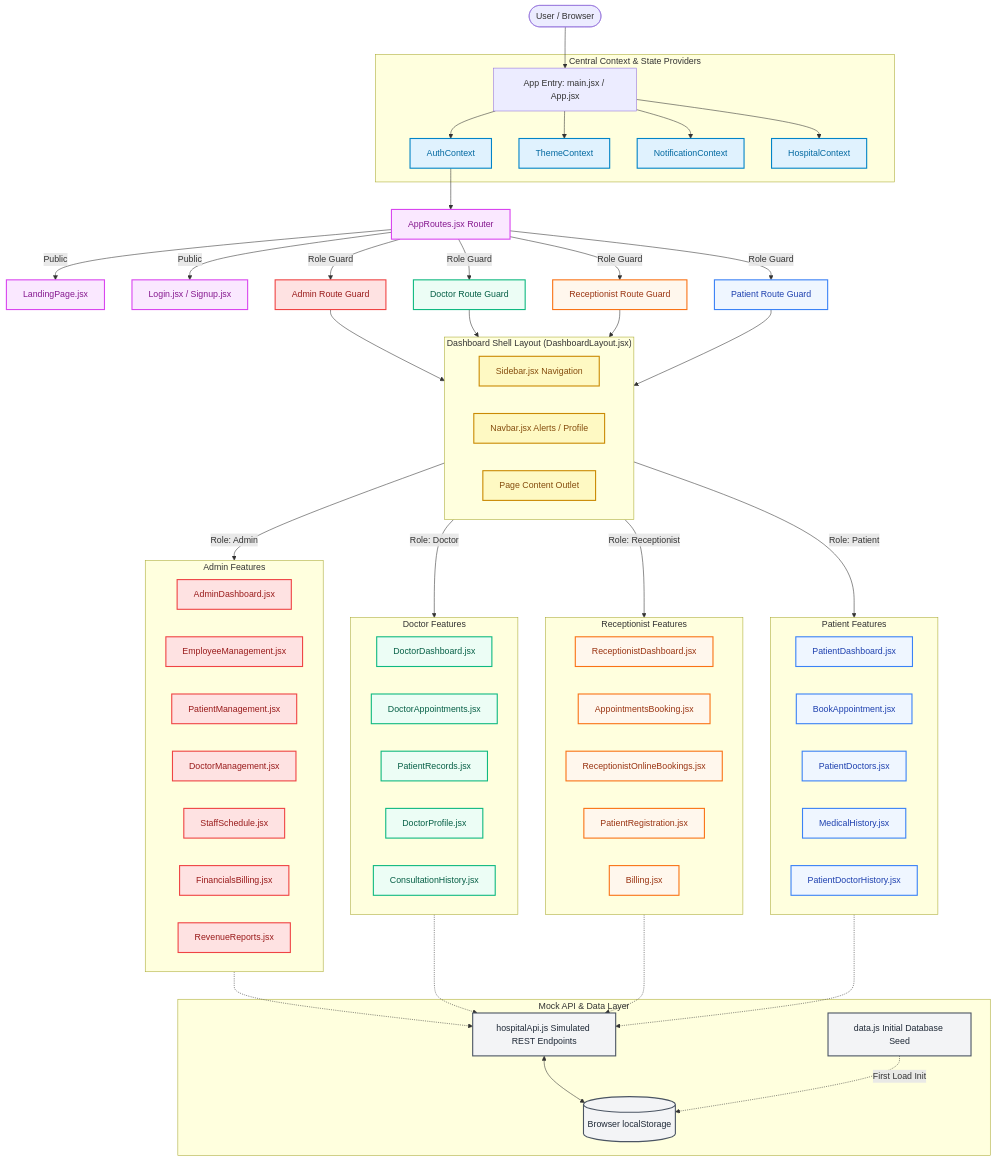
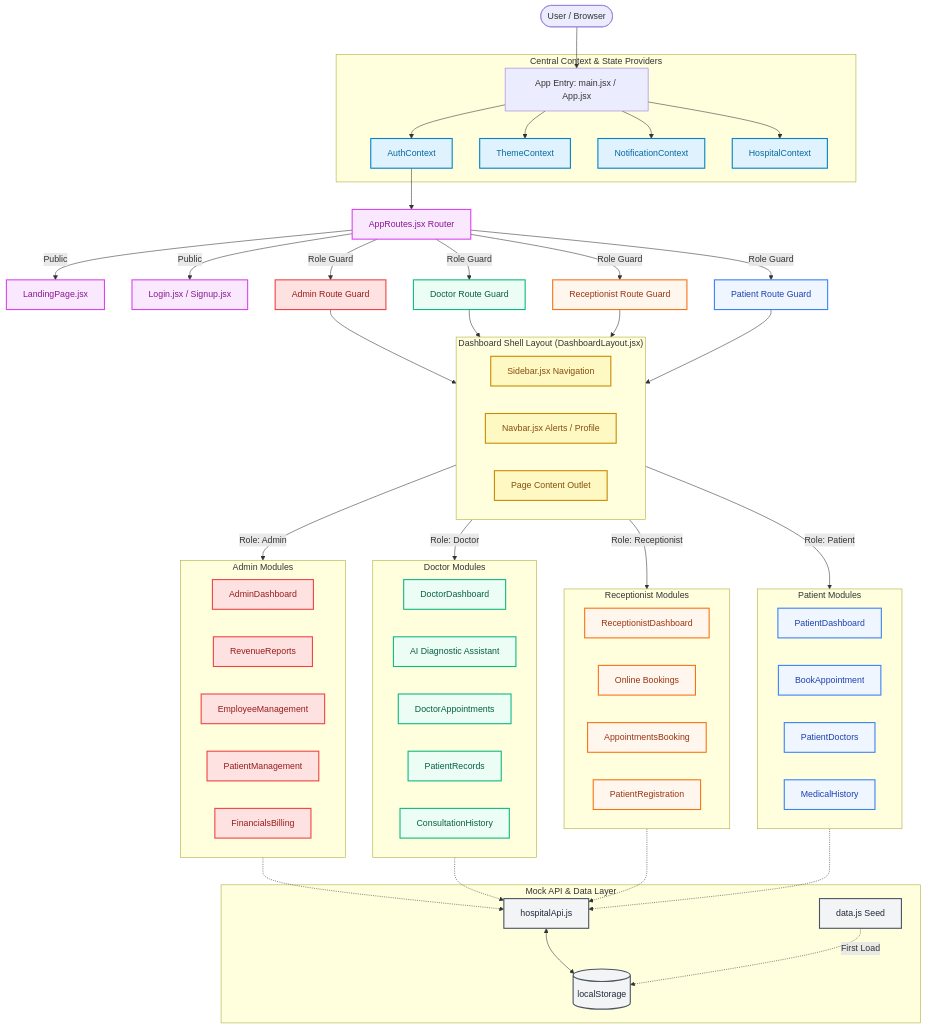
One commit to GaganCB2002/Hospital_Management_System changed the first of 2 diagrams in README.md. Above: the diagram before and after it, drawn with Mermaid. The commit also changed other lines of this file and 33 other files, not shown here.

````diff
--- a/README.md
+++ b/README.md
@@ -29,6 +189,5 @@
 ```mermaid
 graph TD
-    %% Base Styles
     classDef provider fill:#e0f2fe,stroke:#0284c7,stroke-width:2px,color:#0369a1;
     classDef router fill:#fae8ff,stroke:#d946ef,stroke-width:2px,color:#86198f;
     classDef layout fill:#fef9c3,stroke:#ca8a04,stroke-width:2px,color:#854d0e;
@@ -38,7 +197,6 @@
     classDef patient fill:#eff6ff,stroke:#3b82f6,stroke-width:2px,color:#1e40af;
     classDef db fill:#f3f4f6,stroke:#4b5563,stroke-width:2px,color:#1f2937;
 
-    %% Elements
     User([User / Browser]) --> Root[App Entry: main.jsx / App.jsx]
     
     subgraph ContextProviders ["Central Context & State Providers"]
@@ -58,7 +216,6 @@
     Router -->|Role Guard| RecepPortal["Receptionist Route Guard"]:::recep
     Router -->|Role Guard| PatientPortal["Patient Route Guard"]:::patient
 
-    %% Common Dashboard Layout
     subgraph Shell ["Dashboard Shell Layout (DashboardLayout.jsx)"]
         Sidebar[Sidebar.jsx Navigation]:::layout
         Navbar[Navbar.jsx Alerts / Profile]:::layout
@@ -70,60 +227,50 @@
     RecepPortal --> Shell
     PatientPortal --> Shell
 
-    %% Admin Subsections
-    subgraph AdminModules ["Admin Features"]
-        A_Dash[AdminDashboard.jsx]:::admin
-        A_Emp[EmployeeManagement.jsx]:::admin
-        A_Pat[PatientManagement.jsx]:::admin
-        A_Doc[DoctorManagement.jsx]:::admin
-        A_Sched[StaffSchedule.jsx]:::admin
-        A_Fin[FinancialsBilling.jsx]:::admin
-        A_Rev[RevenueReports.jsx]:::admin
+    subgraph AdminModules ["Admin Modules"]
+        A_Dash[AdminDashboard]:::admin
+        A_Rev[RevenueReports]:::admin
+        A_Emp[EmployeeManagement]:::admin
+        A_Pat[PatientManagement]:::admin
+        A_Fin[FinancialsBilling]:::admin
     end
     Shell -->|Role: Admin| AdminModules
 
-    %% Doctor Subsections
-    subgraph DoctorModules ["Doctor Features"]
-        D_Dash[DoctorDashboard.jsx]:::doctor
-        D_Appt[DoctorAppointments.jsx]:::doctor
-        D_Recs[PatientRecords.jsx]:::doctor
-        D_Prof[DoctorProfile.jsx]:::doctor
-        D_Cons[ConsultationHistory.jsx]:::doctor
+    subgraph DoctorModules ["Doctor Modules"]
+        D_Dash[DoctorDashboard]:::doctor
+        D_AI[AI Diagnostic Assistant]:::doctor
+        D_Appt[DoctorAppointments]:::doctor
+        D_Recs[PatientRecords]:::doctor
+        D_Cons[ConsultationHistory]:::doctor
     end
     Shell -->|Role: Doctor| DoctorModules
 
-    %% Receptionist Subsections
-    subgraph RecepModules ["Receptionist Features"]
-        R_Dash[ReceptionistDashboard.jsx]:::recep
-        R_Book[AppointmentsBooking.jsx]:::recep
-        R_Online[ReceptionistOnlineBookings.jsx]:::recep
-        R_Reg[PatientRegistration.jsx]:::recep
-        R_Billing[Billing.jsx]:::recep
+    subgraph RecepModules ["Receptionist Modules"]
+        R_Dash[ReceptionistDashboard]:::recep
+        R_Online[Online Bookings]:::recep
+        R_Book[AppointmentsBooking]:::recep
+        R_Reg[PatientRegistration]:::recep
     end
     Shell -->|Role: Receptionist| RecepModules
 
-    %% Patient Subsections
-    subgraph PatientModules ["Patient Features"]
-        P_Dash[PatientDashboard.jsx]:::patient
-        P_Book[BookAppointment.jsx]:::patient
-        P_Docs[PatientDoctors.jsx]:::patient
-        P_Hist[MedicalHistory.jsx]:::patient
-        P_DHist[PatientDoctorHistory.jsx]:::patient
+    subgraph PatientModules ["Patient Modules"]
+        P_Dash[PatientDashboard]:::patient
+        P_Book[BookAppointment]:::patient
+        P_Docs[PatientDoctors]:::patient
+        P_Hist[MedicalHistory]:::patient
     end
     Shell -->|Role: Patient| PatientModules
 
-    %% Storage and API
     subgraph BackendSim ["Mock API & Data Layer"]
-        API[hospitalApi.js Simulated REST Endpoints]:::db
-        LStorage[(Browser localStorage)]:::db
-        Seed[data.js Initial Database Seed]:::db
+        API[hospitalApi.js]:::db
+        LStorage[(localStorage)]:::db
+        Seed[data.js Seed]:::db
     end
 
     AdminModules -.-> API
     DoctorModules -.-> API
     RecepModules -.-> API
     PatientModules -.-> API
-
     API <--> LStorage
-    Seed -.->|First Load Init| LStorage
+    Seed -.->|First Load| LStorage
 ```
````
